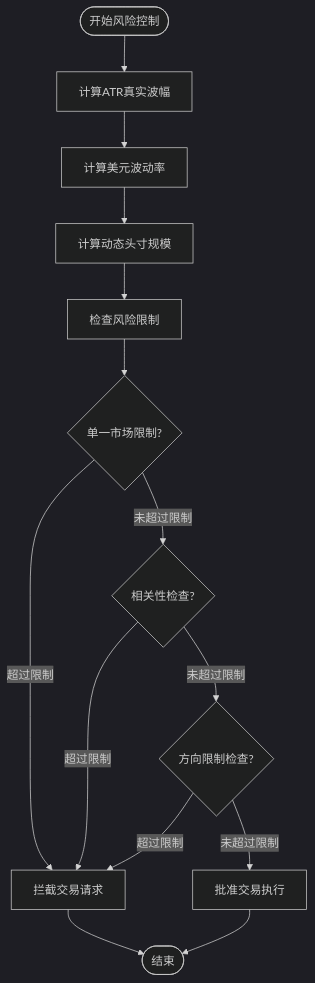
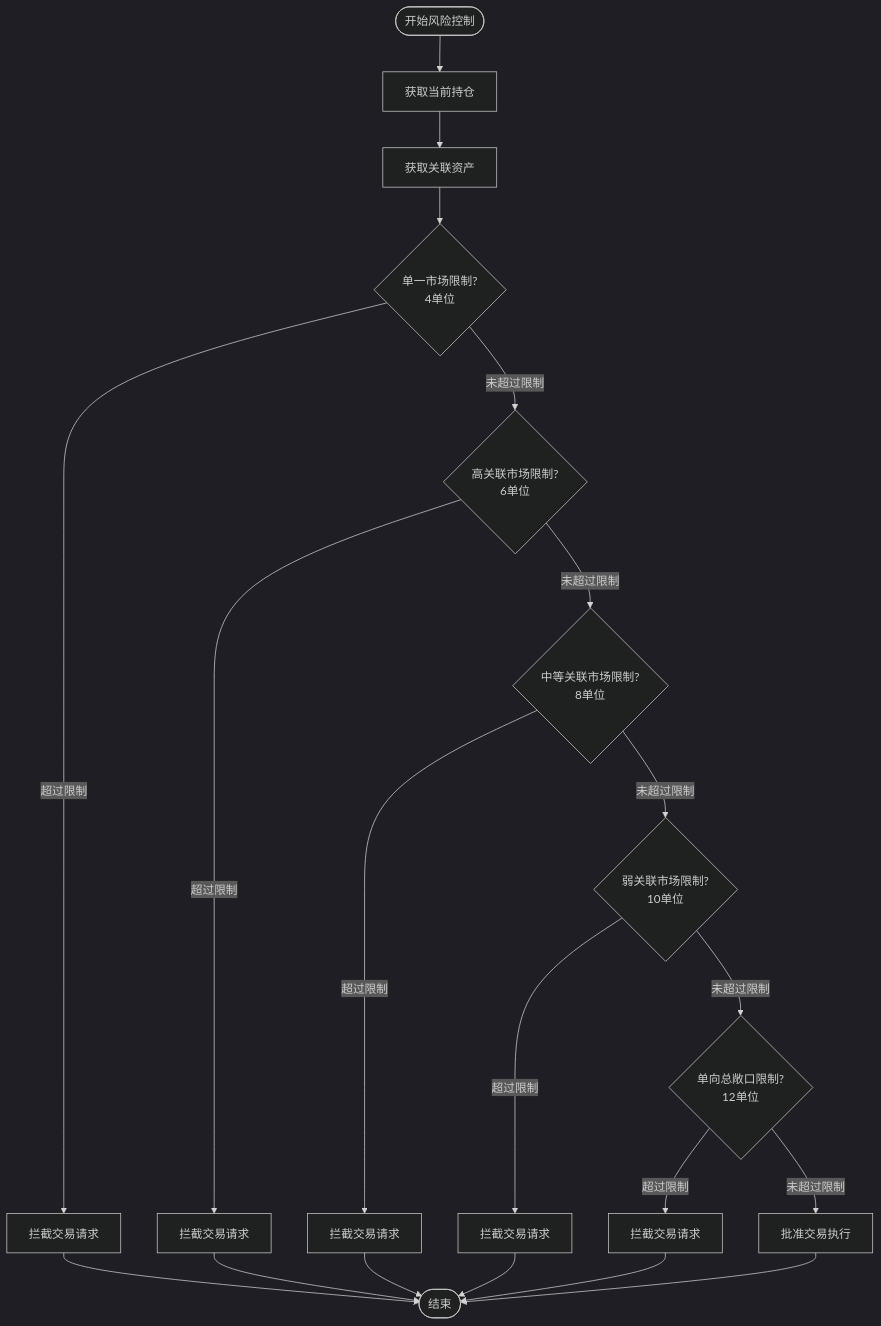
Before and after one commit to raymodny-ai/The-Modern-Turtle-Protocol: the fifth of 10 diagrams in .qoder/repowiki/zh/content/核心功能模块/核心功能模块.md, drawn with Mermaid (dark theme). The commit also changed other lines of this file and 15 other files, not shown here.

````diff
--- a/.qoder/repowiki/zh/content/核心功能模块/核心功能模块.md
+++ b/.qoder/repowiki/zh/content/核心功能模块/核心功能模块.md
@@ -313,16 +374,22 @@
 ```mermaid
 flowchart TD
-Start([开始风险控制]) --> CalcATR["计算ATR真实波幅"]
-CalcATR --> CalcDollarVol["计算美元波动率"]
-CalcDollarVol --> CalcUnits["计算动态头寸规模"]
-CalcUnits --> CheckLimits["检查风险限制"]
-CheckLimits --> SingleMarket{"单一市场限制?"}
-SingleMarket --> |超过限制| LimitSignal["拦截交易请求"]
-SingleMarket --> |未超过限制| Correlated{"相关性检查?"}
-Correlated --> |超过限制| LimitSignal
-Correlated --> |未超过限制| Direction{"方向限制检查?"}
-Direction --> |超过限制| LimitSignal
-Direction --> |未超过限制| Approve["批准交易执行"]
-LimitSignal --> End([结束])
+Start([开始风险控制]) --> GetPositions["获取当前持仓"]
+GetPositions --> GetCorrelations["获取关联资产"]
+GetCorrelations --> CheckSingle{"单一市场限制?<br/>4单位"}
+CheckSingle --> |超过限制| Block1["拦截交易请求"]
+CheckSingle --> |未超过限制| CheckHigh{"高关联市场限制?<br/>6单位"}
+CheckHigh --> |超过限制| Block2["拦截交易请求"]
+CheckHigh --> |未超过限制| CheckMedium{"中等关联市场限制?<br/>8单位"}
+CheckMedium --> |超过限制| Block3["拦截交易请求"]
+CheckMedium --> |未超过限制| CheckLow{"弱关联市场限制?<br/>10单位"}
+CheckLow --> |超过限制| Block4["拦截交易请求"]
+CheckLow --> |未超过限制| CheckDirection{"单向总敞口限制?<br/>12单位"}
+CheckDirection --> |超过限制| Block5["拦截交易请求"]
+CheckDirection --> |未超过限制| Approve["批准交易执行"]
+Block1 --> End([结束])
+Block2 --> End
+Block3 --> End
+Block4 --> End
+Block5 --> End
 Approve --> End
 ```
````
